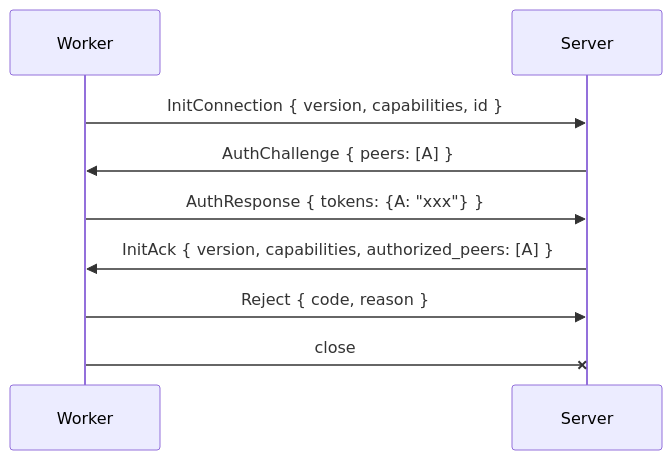
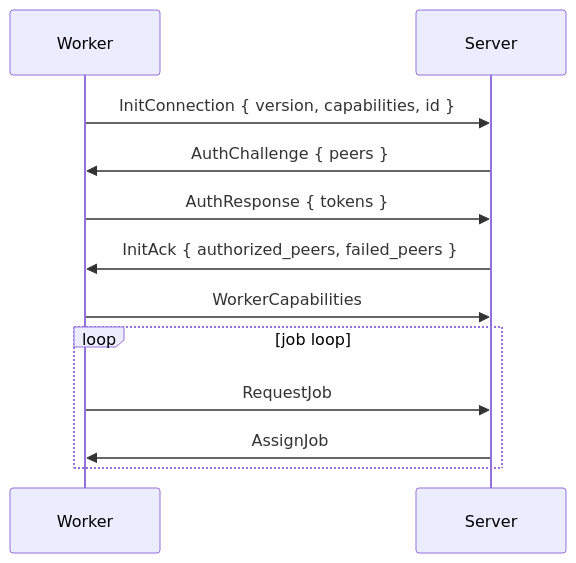
Before and after one commit to wavelens/gradient: the first of 2 diagrams in docs/src/contributors/proto/connection.md, drawn with Mermaid. The commit also changed other lines of this file, not shown here.

````diff
--- a/docs/src/contributors/proto/connection.md
+++ b/docs/src/contributors/proto/connection.md
@@ -51,12 +5,14 @@
 ```mermaid
 sequenceDiagram
     participant W as Worker
     participant S as Server
-
     W->>S: InitConnection { version, capabilities, id }
-    S->>W: AuthChallenge { peers: [A] }
-    W->>S: AuthResponse { tokens: {A: "xxx"} }
-    S->>W: InitAck { version, capabilities, authorized_peers: [A] }
-    W->>S: Reject { code, reason }
-    W-xS: close
+    S->>W: AuthChallenge { peers }
+    W->>S: AuthResponse { tokens }
+    S->>W: InitAck { authorized_peers, failed_peers }
+    W->>S: WorkerCapabilities
+    loop job loop
+        W->>S: RequestJob
+        S->>W: AssignJob
+    end
 ```
````
